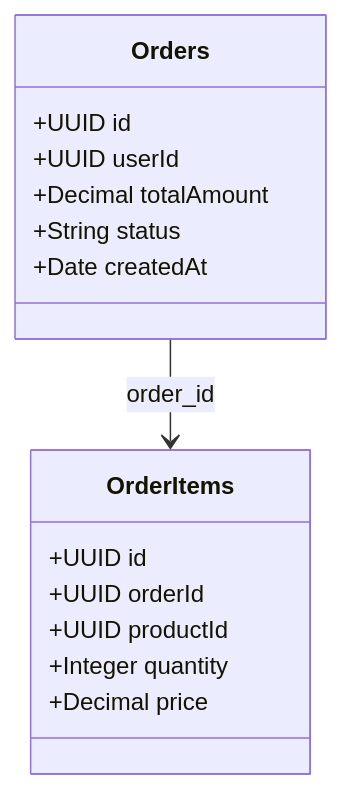
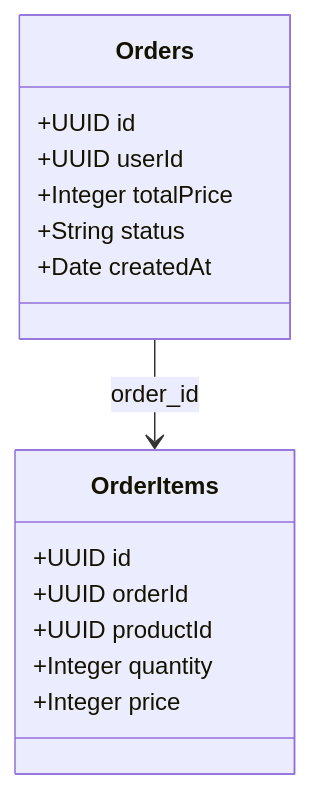
Before and after one commit to fejes99/OrderManagementSystem: the third of 7 diagrams in README.md, drawn with Mermaid. The commit also changed other lines of this file and 40 other files, not shown here.

````diff
--- a/README.md
+++ b/README.md
@@ -58,20 +59,20 @@
   ```mermaid
   classDiagram
       class Orders {
           +UUID id
           +UUID userId
-          +Decimal totalAmount
+          +Integer totalPrice
           +String status
           +Date createdAt
       }
 
       class OrderItems {
           +UUID id
           +UUID orderId
           +UUID productId
           +Integer quantity
-          +Decimal price
+          +Integer price
       }
 
       Orders --> OrderItems : order_id
   ```
````
